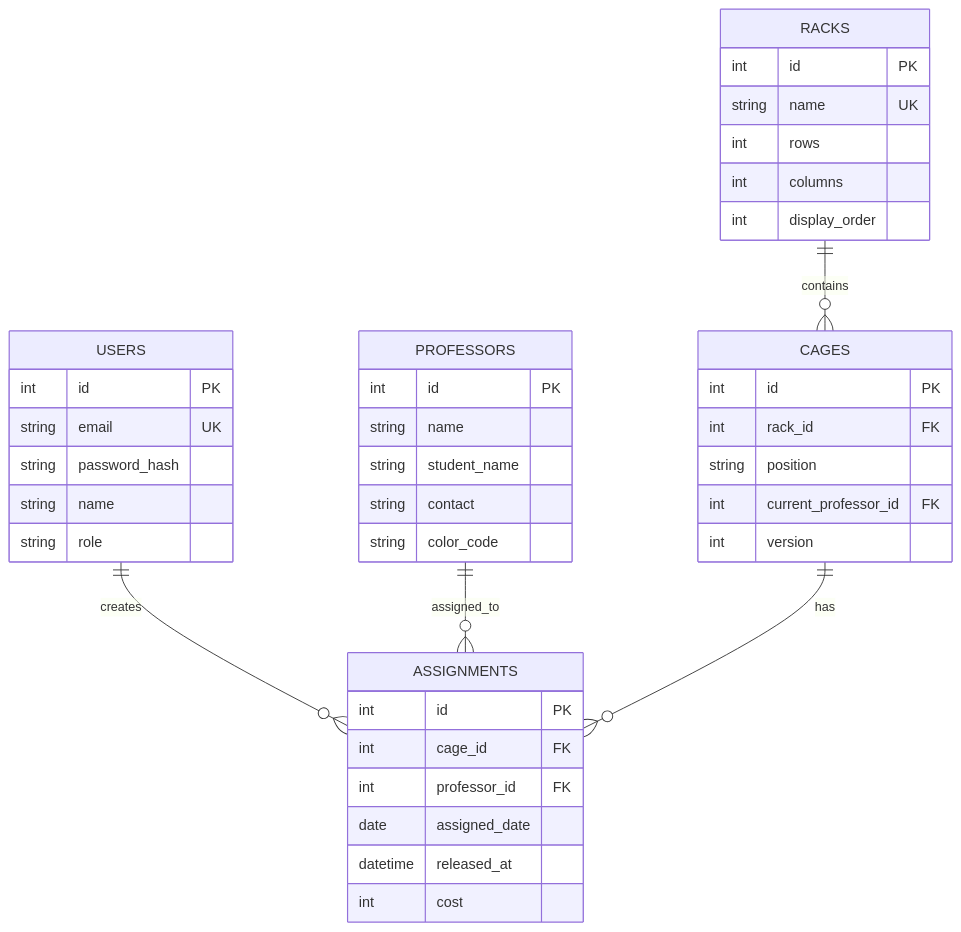
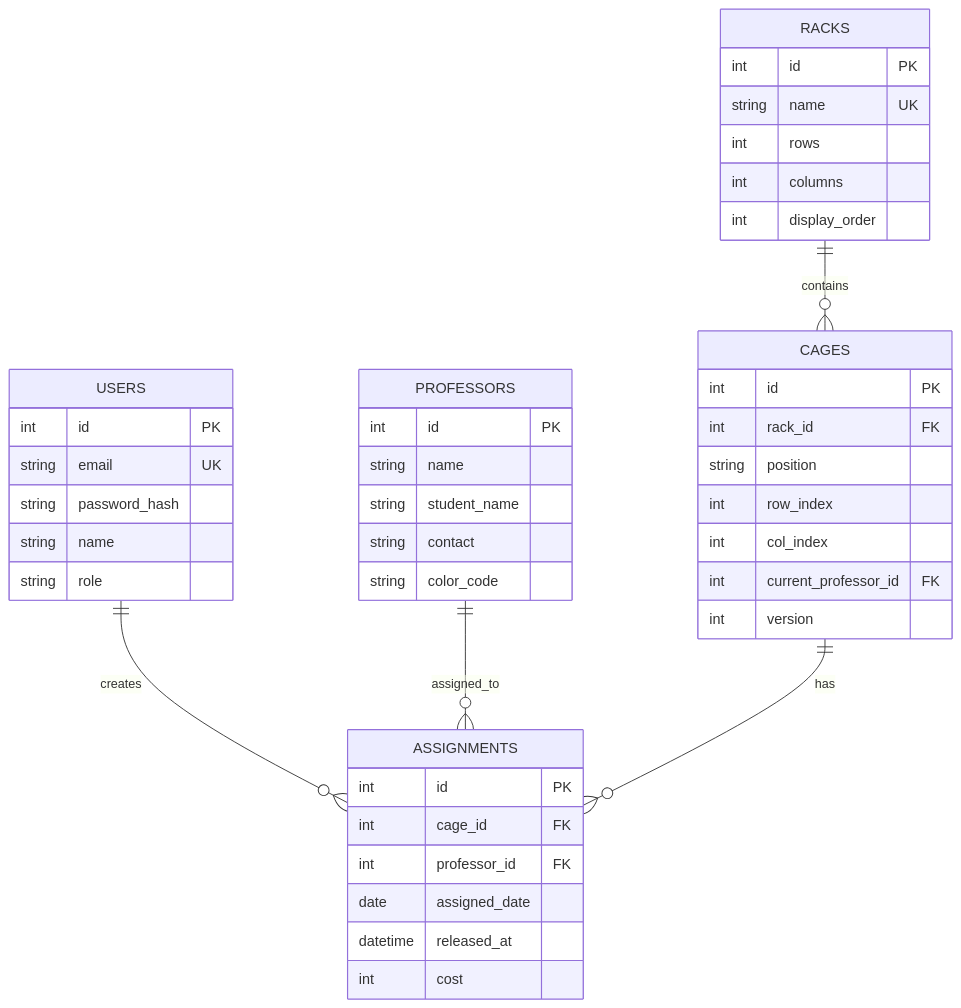
One commit to jtlee91/MSLab changed the diagram in docs/04_DatabaseDesign.md. Above: the diagram before and after it, drawn with Mermaid. The commit also changed other lines of this file and 5 other files, not shown here.

````diff
--- a/docs/04_DatabaseDesign.md
+++ b/docs/04_DatabaseDesign.md
@@ -9,48 +9,50 @@
 ```mermaid
 erDiagram
     USERS ||--o{ ASSIGNMENTS : creates
     PROFESSORS ||--o{ ASSIGNMENTS : assigned_to
     CAGES ||--o{ ASSIGNMENTS : has
     RACKS ||--o{ CAGES : contains
 
     USERS {
         int id PK
         string email UK
         string password_hash
         string name
         string role
     }
 
     RACKS {
         int id PK
         string name UK
         int rows
         int columns
         int display_order
     }
 
     PROFESSORS {
         int id PK
         string name
         string student_name
         string contact
         string color_code
     }
 
     CAGES {
         int id PK
         int rack_id FK
         string position
+        int row_index
+        int col_index
         int current_professor_id FK
         int version
     }
 
     ASSIGNMENTS {
         int id PK
         int cage_id FK
         int professor_id FK
         date assigned_date
         datetime released_at
         int cost
     }
 ```
````
